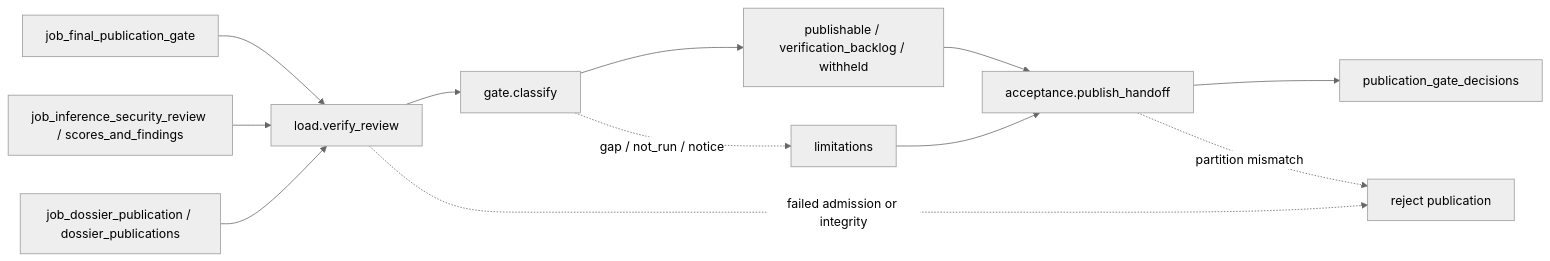
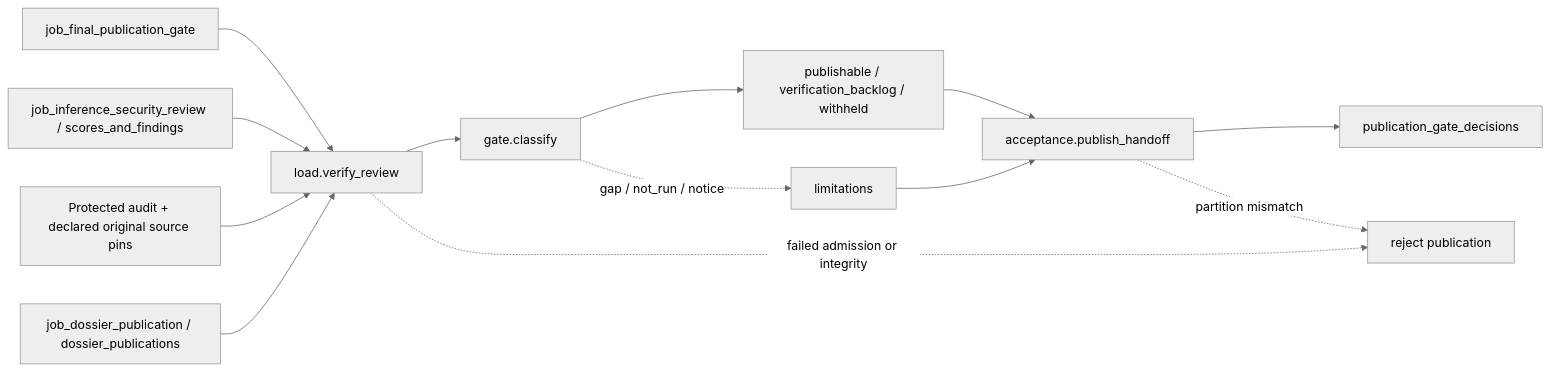
Before and after one commit to wsollers/appsec-review: the second of 2 diagrams in docs/operations/job_final_publication_gate.md, drawn with Mermaid (neutral theme). The commit also changed other lines of this file and 10 other files, not shown here.

````diff
--- a/docs/operations/job_final_publication_gate.md
+++ b/docs/operations/job_final_publication_gate.md
@@ -376,14 +382,15 @@
 ```mermaid
 flowchart LR
   job["job_final_publication_gate"] --> load["load.verify_review"]
   review["job_inference_security_review / scores_and_findings"] --> load
+  audit["Protected audit + declared original source pins"] --> load
   artifacts["job_dossier_publication / dossier_publications"] --> load
   load --> classify["gate.classify"]
   classify --> buckets["publishable / verification_backlog / withheld"]
   buckets --> accept["acceptance.publish_handoff"]
   classify -. "gap / not_run / notice" .-> limitations["limitations"]
   limitations --> accept
   accept --> out["publication_gate_decisions"]
   load -. "failed admission or integrity" .-> reject["reject publication"]
   accept -. "partition mismatch" .-> reject
 ```
````
